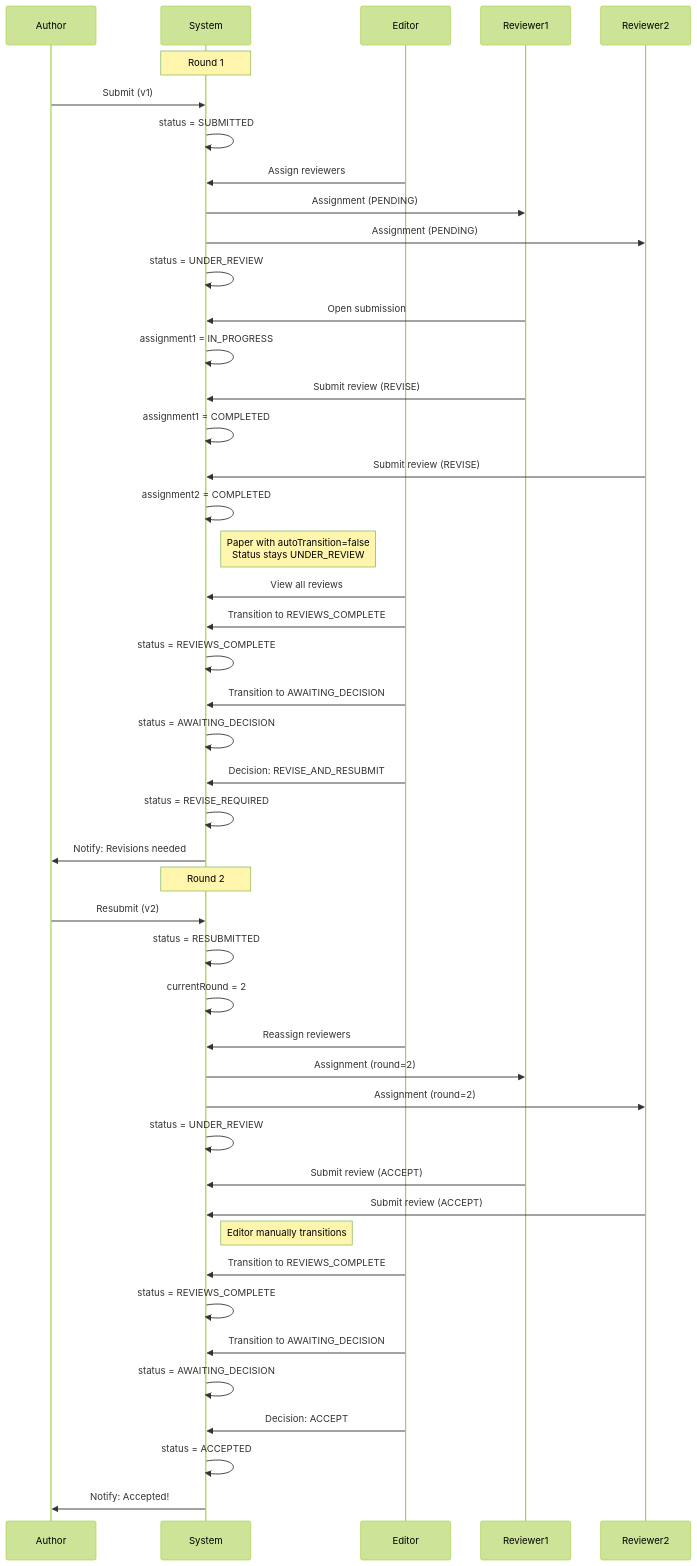
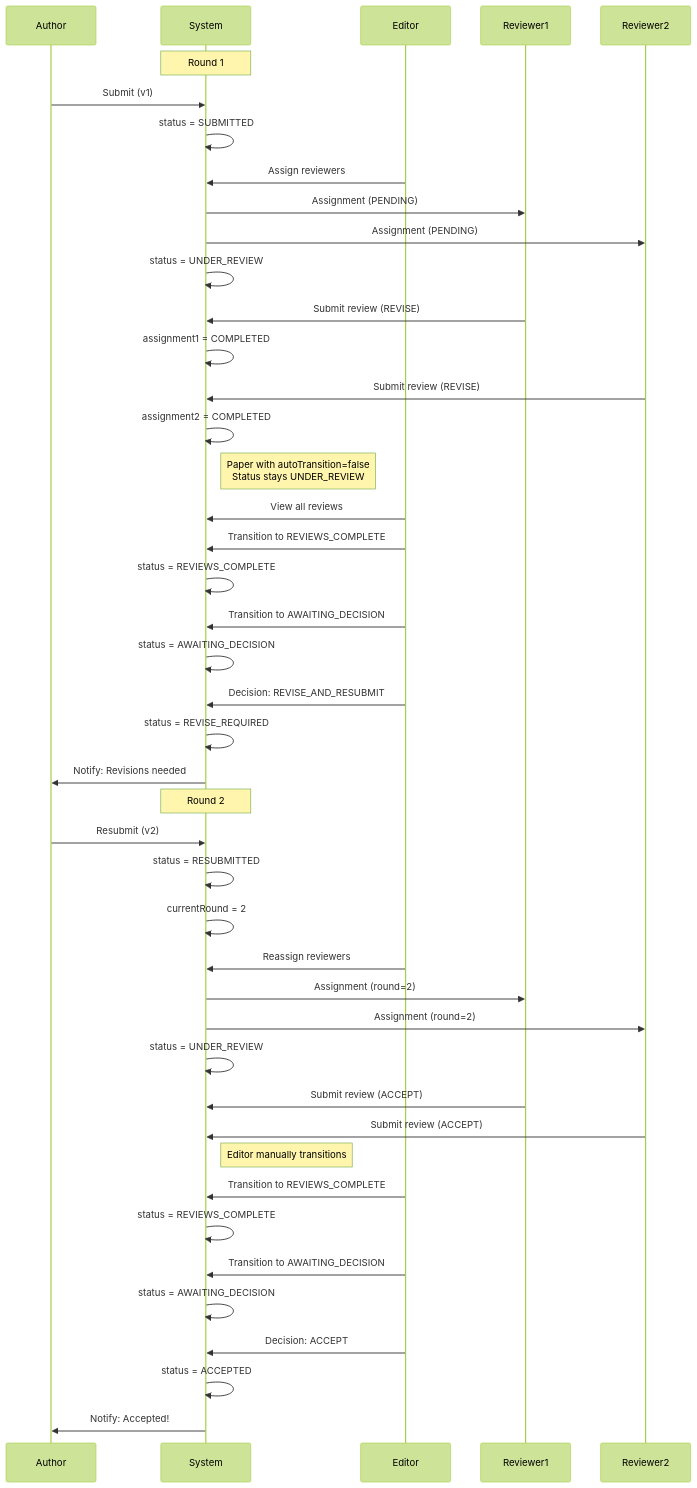
One commit to unlimited-labs/suberus changed the fifth of 5 diagrams in WORKFLOW.md. Above: the diagram before and after it, drawn with Mermaid (forest theme). The commit also changed other lines of this file and 18 other files, not shown here.

First line of the commit message:
fix: remove IN_PROGRESS assignment state, fix audit and race condition bugs

````diff
--- a/WORKFLOW.md
+++ b/WORKFLOW.md
@@ -210,61 +206,58 @@
 ```mermaid
 sequenceDiagram
     participant Author
     participant System
     participant Editor
     participant Reviewer1
     participant Reviewer2
 
     Note over System: Round 1
     Author->>System: Submit (v1)
     System->>System: status = SUBMITTED
 
     Editor->>System: Assign reviewers
     System->>Reviewer1: Assignment (PENDING)
     System->>Reviewer2: Assignment (PENDING)
     System->>System: status = UNDER_REVIEW
-
-    Reviewer1->>System: Open submission
-    System->>System: assignment1 = IN_PROGRESS
 
     Reviewer1->>System: Submit review (REVISE)
     System->>System: assignment1 = COMPLETED
 
     Reviewer2->>System: Submit review (REVISE)
     System->>System: assignment2 = COMPLETED
     Note right of System: Paper with autoTransition=false<br/>Status stays UNDER_REVIEW
 
     Editor->>System: View all reviews
     Editor->>System: Transition to REVIEWS_COMPLETE
     System->>System: status = REVIEWS_COMPLETE
     Editor->>System: Transition to AWAITING_DECISION
     System->>System: status = AWAITING_DECISION
     Editor->>System: Decision: REVISE_AND_RESUBMIT
     System->>System: status = REVISE_REQUIRED
 
     System->>Author: Notify: Revisions needed
 
     Note over System: Round 2
     Author->>System: Resubmit (v2)
     System->>System: status = RESUBMITTED
     System->>System: currentRound = 2
 
     Editor->>System: Reassign reviewers
     System->>Reviewer1: Assignment (round=2)
     System->>Reviewer2: Assignment (round=2)
     System->>System: status = UNDER_REVIEW
 
     Reviewer1->>System: Submit review (ACCEPT)
     Reviewer2->>System: Submit review (ACCEPT)
     Note right of System: Editor manually transitions
 
     Editor->>System: Transition to REVIEWS_COMPLETE
     System->>System: status = REVIEWS_COMPLETE
     Editor->>System: Transition to AWAITING_DECISION
     System->>System: status = AWAITING_DECISION
 
     Editor->>System: Decision: ACCEPT
     System->>System: status = ACCEPTED
 
     System->>Author: Notify: Accepted!
 ```
````
